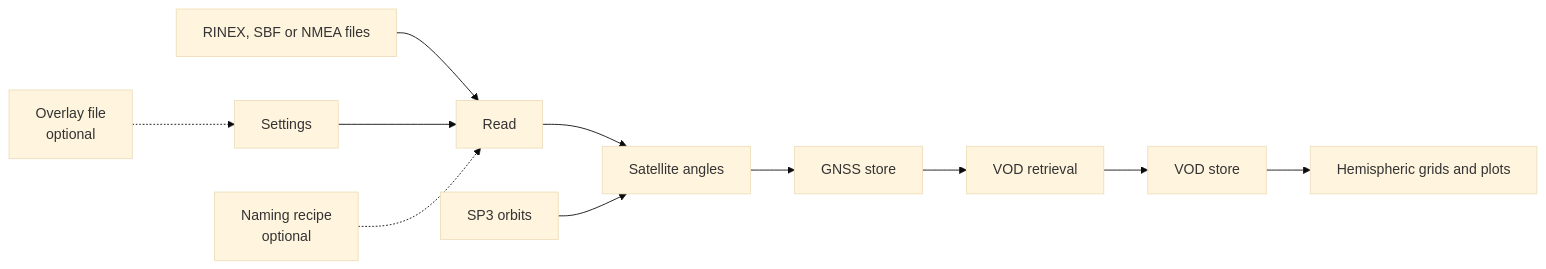
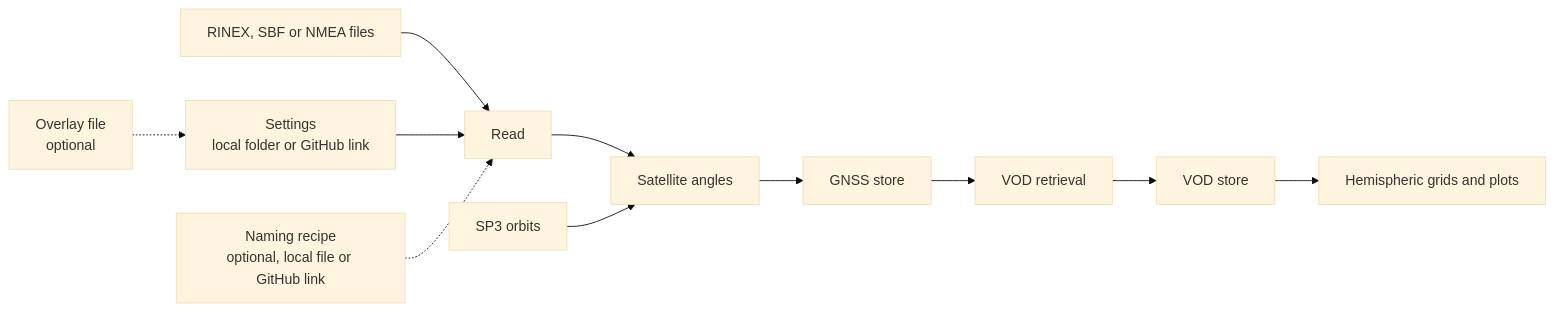
The diagram in docs/index.md (TUW-GEO/canvodpy), drawn with Mermaid (base theme) before and after one commit. The commit also changed 31 other files, not shown here.

First line of the commit message:
feat(config)!: fetch settings and recipes from a link in every run, record no URL

````diff
--- a/docs/index.md
+++ b/docs/index.md
@@ -114,13 +114,13 @@
 ```mermaid
 flowchart LR
     FILES["RINEX, SBF or NMEA files"] --> READ["Read"]
-    SETTINGS["Settings"] --> READ
+    SETTINGS["Settings<br/>local folder or GitHub link"] --> READ
     OVERLAY["Overlay file<br/>optional"] -.-> SETTINGS
-    RECIPE["Naming recipe<br/>optional"] -.-> READ
+    RECIPE["Naming recipe<br/>optional, local file or GitHub link"] -.-> READ
     READ --> ANGLES["Satellite angles"]
     ORBITS["SP3 orbits"] --> ANGLES
     ANGLES --> GSTORE["GNSS store"]
     GSTORE --> VOD["VOD retrieval"]
     VOD --> VSTORE["VOD store"]
     VSTORE --> PLOT["Hemispheric grids and plots"]
 ```
````
